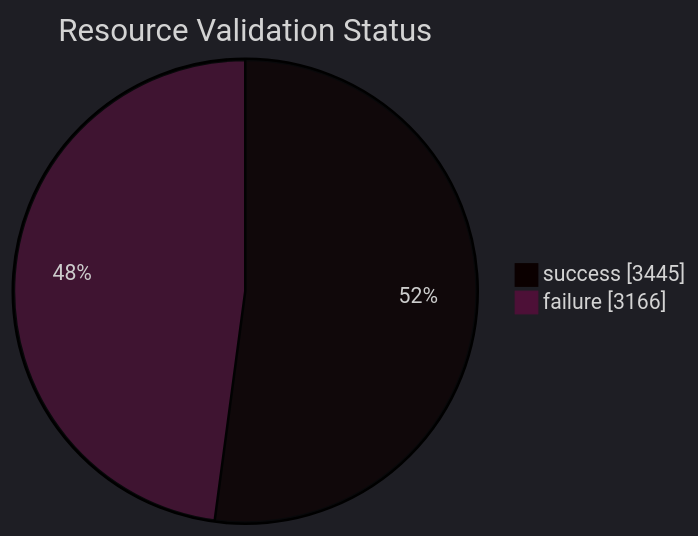
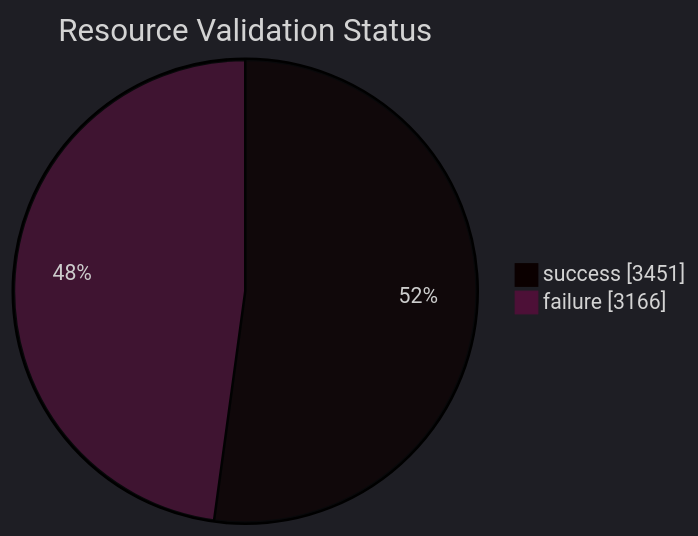
The diagram in datastore_tracker/resource_validation_status_pie_chart.md (open-data/analytics-corporate-reporting), drawn with Mermaid before and after one commit. The commit also changed 6 other files, not shown here.

````diff
--- a/datastore_tracker/resource_validation_status_pie_chart.md
+++ b/datastore_tracker/resource_validation_status_pie_chart.md
@@ -2,9 +2,9 @@
 ```mermaid
 ---
 config:
   theme: dark
 ---
 pie showData title Resource Validation Status
-    "success": 3445
+    "success": 3451
     "failure": 3166
 ```
````
